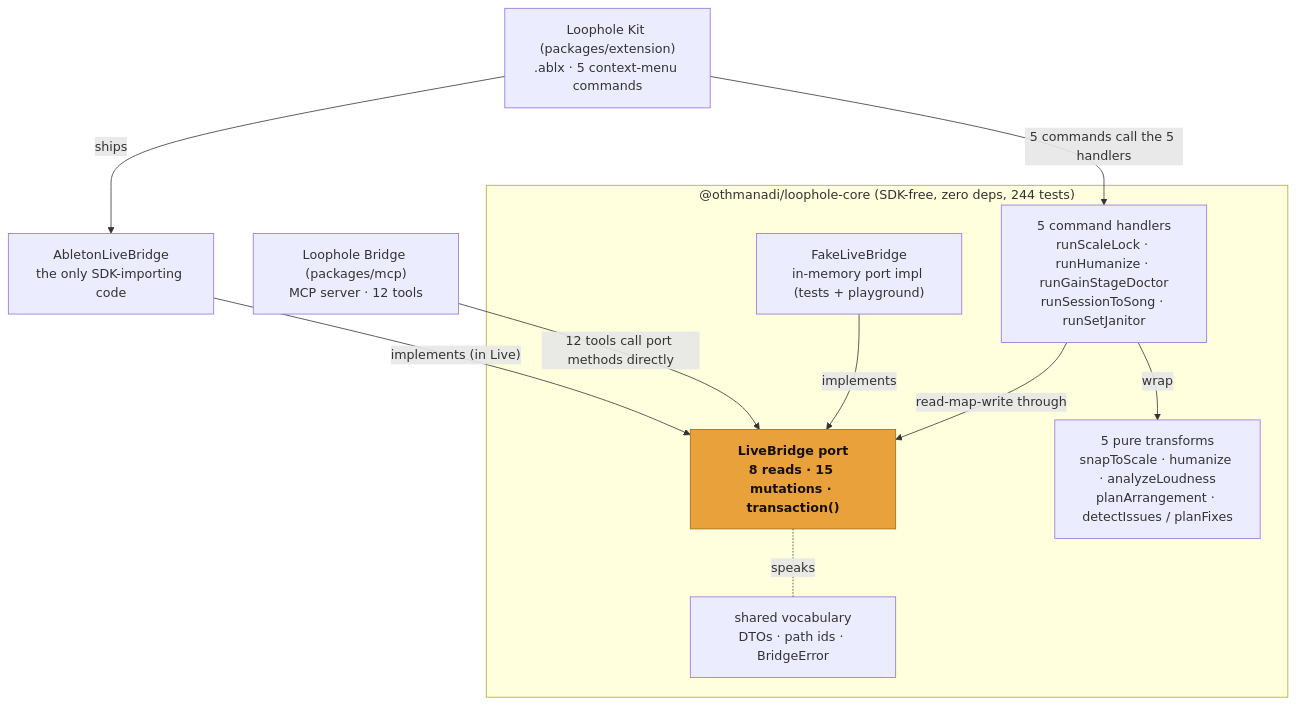
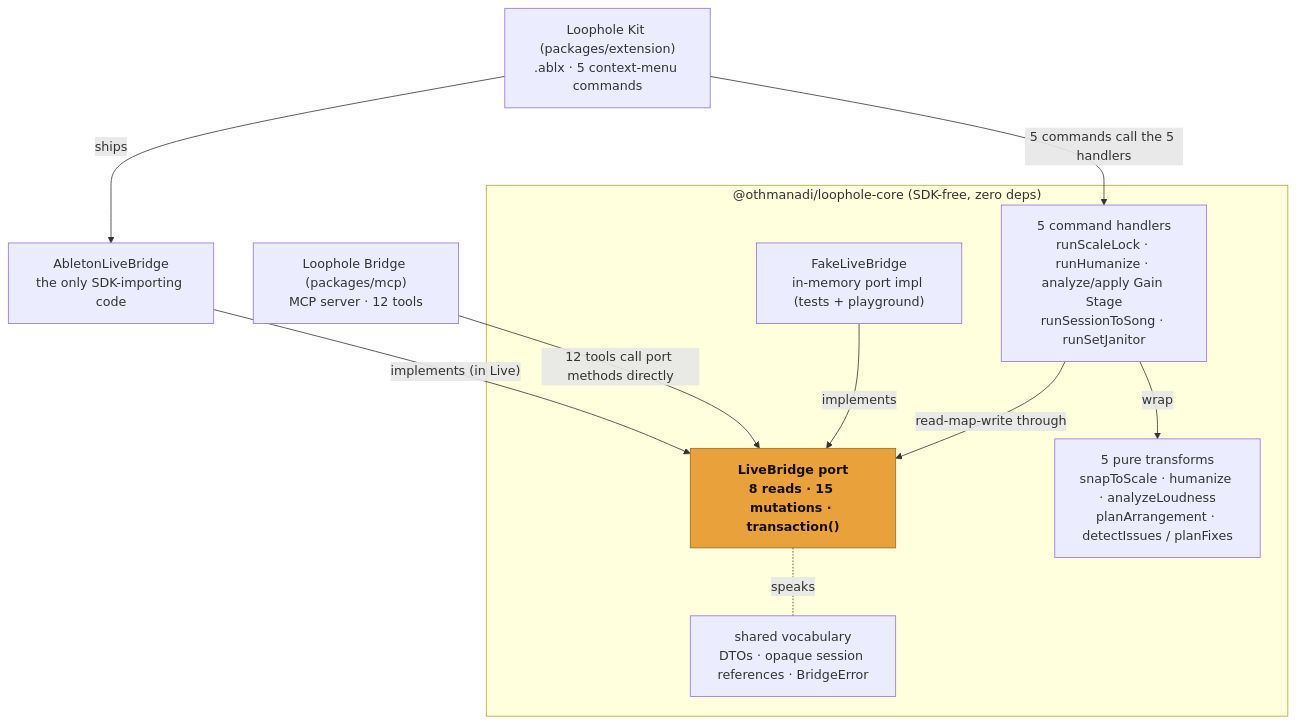
The diagram in packages/core/README.md (OthmanAdi/loophole), drawn with Mermaid before and after one commit. The commit also changed other lines of this file and 43 other files, not shown here.

````diff
--- a/packages/core/README.md
+++ b/packages/core/README.md
@@ -27,26 +27,26 @@
 ```mermaid
 flowchart TB
-    subgraph core["@othmanadi/loophole-core (SDK-free, zero deps, 244 tests)"]
+    subgraph core["@othmanadi/loophole-core (SDK-free, zero deps)"]
         port["LiveBridge port<br/>8 reads · 15 mutations · transaction()"]
-        vocab["shared vocabulary<br/>DTOs · path ids · BridgeError"]
+        vocab["shared vocabulary<br/>DTOs · opaque session references · BridgeError"]
         transforms["5 pure transforms<br/>snapToScale · humanize · analyzeLoudness<br/>planArrangement · detectIssues / planFixes"]
-        handlers["5 command handlers<br/>runScaleLock · runHumanize · runGainStageDoctor<br/>runSessionToSong · runSetJanitor"]
+        handlers["5 command handlers<br/>runScaleLock · runHumanize · analyze/apply Gain Stage<br/>runSessionToSong · runSetJanitor"]
         fake["FakeLiveBridge<br/>in-memory port impl (tests + playground)"]
         handlers -- "read-map-write through" --> port
         handlers -- "wrap" --> transforms
         port -. "speaks" .- vocab
         fake -- "implements" --> port
     end
 
     bridge["Loophole Bridge (packages/mcp)<br/>MCP server · 12 tools"]
     ext["Loophole Kit (packages/extension)<br/>.ablx · 5 context-menu commands"]
     adapter["AbletonLiveBridge<br/>the only SDK-importing code"]
 
     bridge -- "12 tools call port methods directly" --> port
     ext -- "5 commands call the 5 handlers" --> handlers
     ext -- "ships" --> adapter
     adapter -- "implements (in Live)" --> port
 
     classDef accent fill:#E9A23B,stroke:#9A6A1A,color:#160F02,font-weight:bold;
     class port accent;
 ```
````
